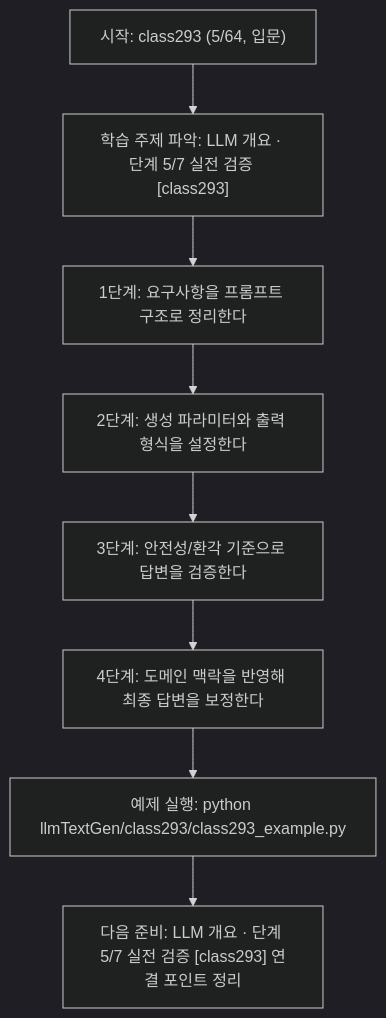
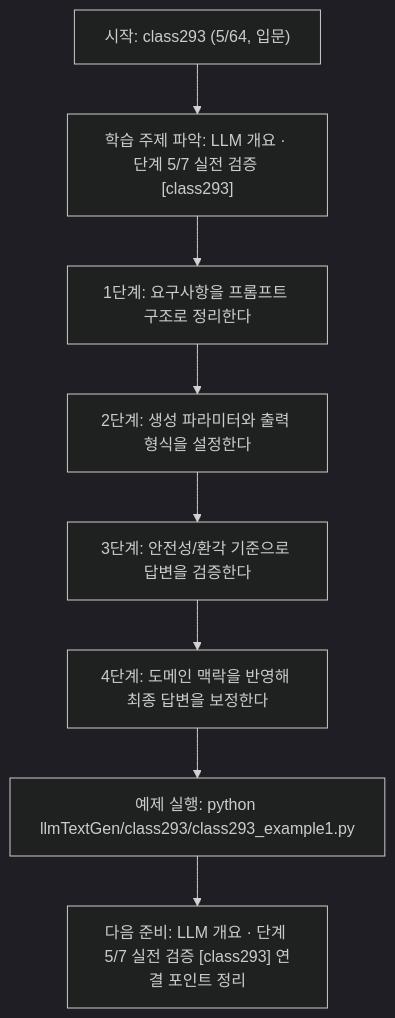
The diagram in llmTextGen/class293/class293.md (edumgt/Python-AI_Agent-Class), drawn with Mermaid (dark theme) before and after one commit. The commit also changed other lines of this file and 2959 other files, not shown here.

````diff
--- a/llmTextGen/class293/class293.md
+++ b/llmTextGen/class293/class293.md
@@ -113,18 +113,18 @@
 ```mermaid
 flowchart TD
 N1["시작: class293 (5/64, 입문)"]
 N2["학습 주제 파악: LLM 개요 · 단계 5/7 실전 검증 [class293]"]
 N3["1단계: 요구사항을 프롬프트 구조로 정리한다"]
 N4["2단계: 생성 파라미터와 출력 형식을 설정한다"]
 N5["3단계: 안전성/환각 기준으로 답변을 검증한다"]
 N6["4단계: 도메인 맥락을 반영해 최종 답변을 보정한다"]
-N7["예제 실행: python llmTextGen/class293/class293_example.py"]
+N7["예제 실행: python llmTextGen/class293/class293_example1.py"]
 N8["다음 준비: LLM 개요 · 단계 5/7 실전 검증 [class293] 연결 포인트 정리"]
 N1 --> N2
 N2 --> N3
 N3 --> N4
 N4 --> N5
 N5 --> N6
 N6 --> N7
 N7 --> N8
 ```
````
